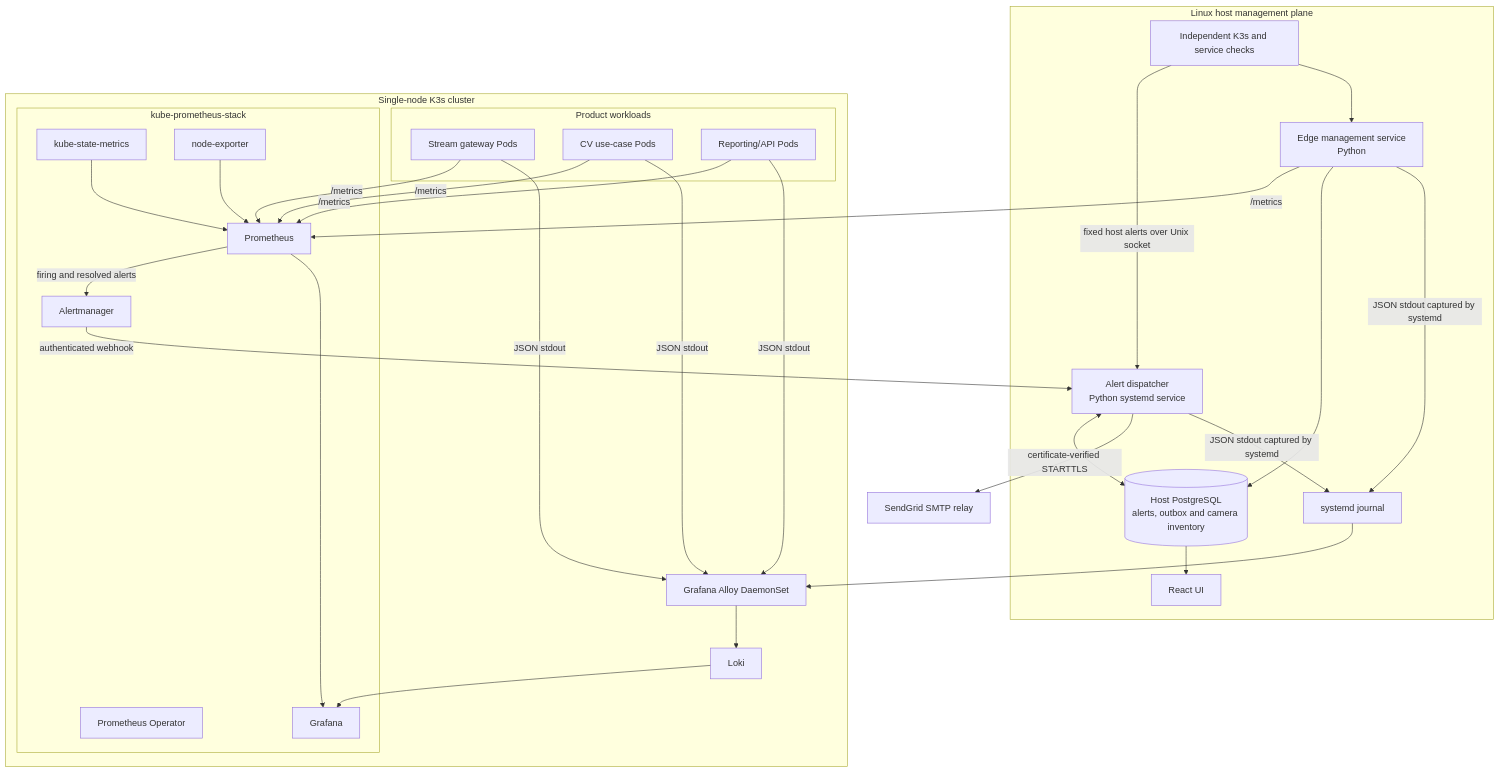
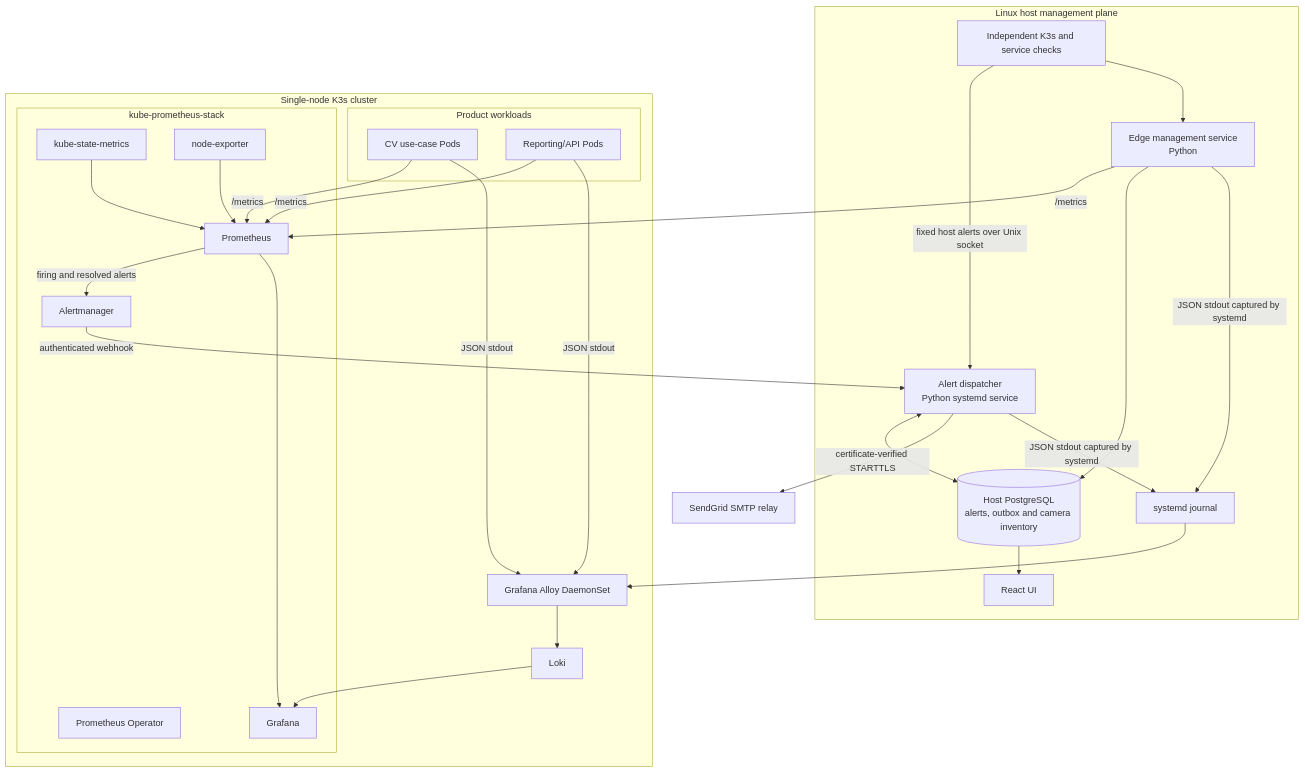
One commit to sayandip-apexflo/tvt-prototype changed the diagram in MONITORING.md. Above: the diagram before and after it, drawn with Mermaid. The commit also changed other lines of this file and 42 other files, not shown here.

````diff
--- a/MONITORING.md
+++ b/MONITORING.md
@@ -82,59 +82,56 @@
 ```mermaid
 flowchart TB
     subgraph Host[Linux host management plane]
         Edge[Edge management service<br/>Python]
         Dispatcher[Alert dispatcher<br/>Python systemd service]
         Journal[systemd journal]
         DB[(Host PostgreSQL<br/>alerts, outbox and camera inventory)]
         UI[React UI]
         HostCheck[Independent K3s and service checks]
     end
 
     SendGrid[SendGrid SMTP relay]
 
     subgraph K3s[Single-node K3s cluster]
         subgraph Apps[Product workloads]
-            Gateway[Stream gateway Pods]
             CV[CV use-case Pods]
             Reporting[Reporting/API Pods]
         end
 
         subgraph KPS[kube-prometheus-stack]
             Operator[Prometheus Operator]
             Prom[Prometheus]
             AM[Alertmanager]
             Grafana[Grafana]
             KSM[kube-state-metrics]
             NodeExporter[node-exporter]
         end
 
         Alloy[Grafana Alloy DaemonSet]
         Loki[Loki]
     end
 
     Edge -->|/metrics| Prom
-    Gateway -->|/metrics| Prom
     CV -->|/metrics| Prom
     Reporting -->|/metrics| Prom
     KSM --> Prom
     NodeExporter --> Prom
     Prom -->|firing and resolved alerts| AM
     AM -->|authenticated webhook| Dispatcher
     HostCheck -->|fixed host alerts over Unix socket| Dispatcher
     Dispatcher <--> DB
     Dispatcher -->|certificate-verified STARTTLS| SendGrid
     Edge --> DB
     DB --> UI
     Prom --> Grafana
 
-    Gateway -->|JSON stdout| Alloy
     CV -->|JSON stdout| Alloy
     Reporting -->|JSON stdout| Alloy
     Edge -->|JSON stdout captured by systemd| Journal
     Dispatcher -->|JSON stdout captured by systemd| Journal
     Journal --> Alloy
     Alloy --> Loki
     Loki --> Grafana
 
     HostCheck --> Edge
 ```
````
